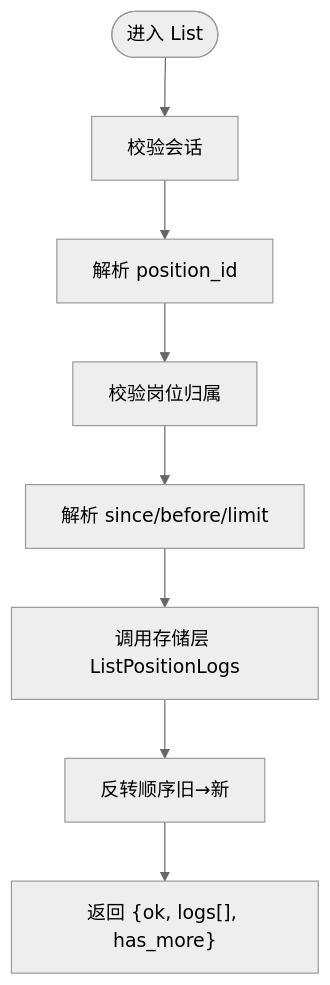
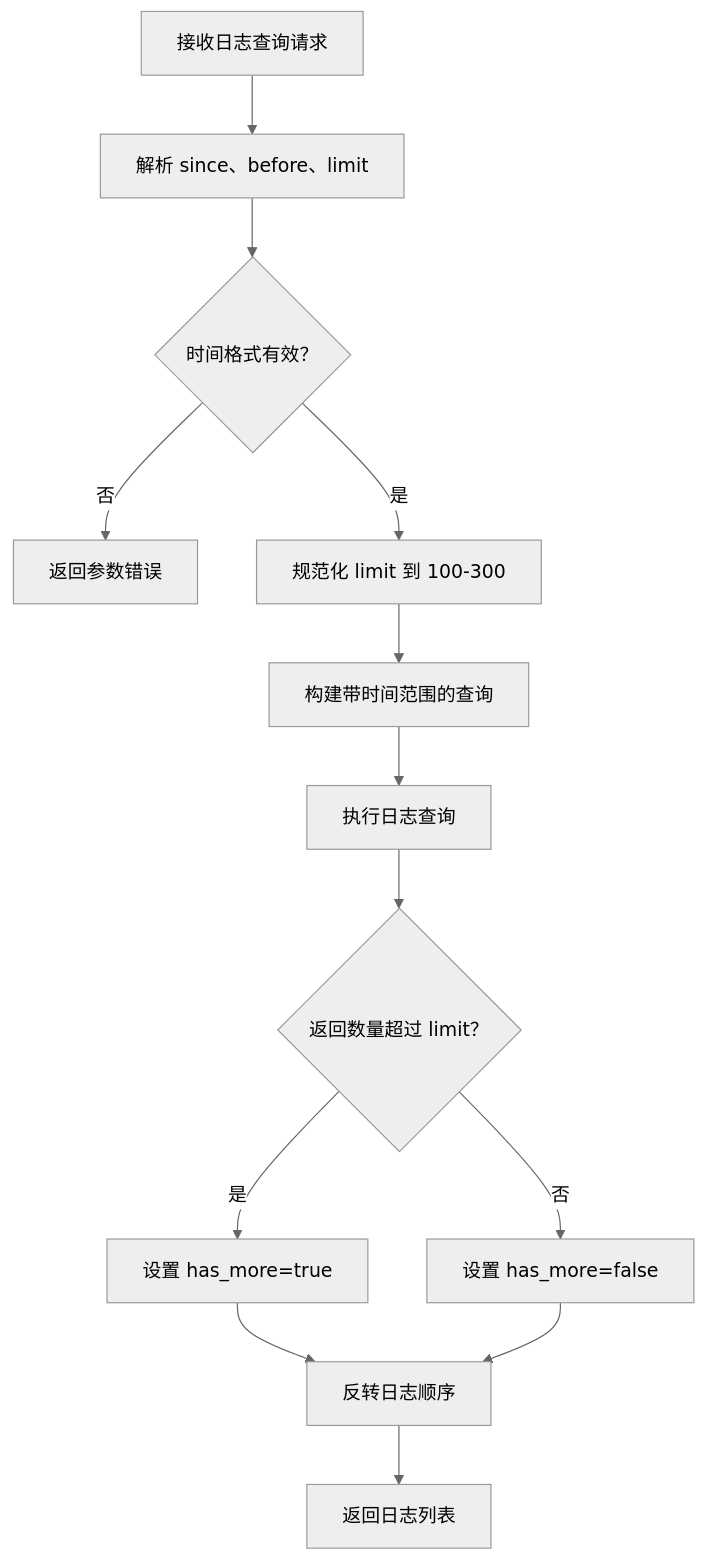
The third of 6 diagrams in .qoder/repowiki/zh/content/API接口文档/云端REST API/岗位管理API/岗位监控查询接口.md (alvinwangzi/goodhr), drawn with Mermaid (neutral theme) before and after one commit. The commit also changed other lines of this file and 149 other files, not shown here.

````diff
--- a/.qoder/repowiki/zh/content/API接口文档/云端REST API/岗位管理API/岗位监控查询接口.md
+++ b/.qoder/repowiki/zh/content/API接口文档/云端REST API/岗位管理API/岗位监控查询接口.md
@@ -130,10 +159,15 @@
 ```mermaid
 flowchart TD
-Start(["进入 List"]) --> Auth["校验会话"]
-Auth --> ParsePath["解析 position_id"]
-ParsePath --> CheckPos["校验岗位归属"]
-CheckPos --> ParseQuery["解析 since/before/limit"]
-ParseQuery --> QueryStore["调用存储层 ListPositionLogs"]
-QueryStore --> Reverse["反转顺序旧→新"]
-Reverse --> Resp["返回 {ok, logs[], has_more}"]
+Start["接收日志查询请求"] --> ParseParams["解析 since、before、limit"]
+ParseParams --> ValidateTime{"时间格式有效？"}
+ValidateTime --> |否| ReturnError["返回参数错误"]
+ValidateTime --> |是| NormalizeLimit["规范化 limit 到 100-300"]
+NormalizeLimit --> BuildQuery["构建带时间范围的查询"]
+BuildQuery --> ExecuteQuery["执行日志查询"]
+ExecuteQuery --> HasMore{"返回数量超过 limit？"}
+HasMore --> |是| SetHasMore["设置 has_more=true"]
+HasMore --> |否| SetNoMore["设置 has_more=false"]
+SetHasMore --> ReverseOrder["反转日志顺序"]
+SetNoMore --> ReverseOrder
+ReverseOrder --> ReturnResponse["返回日志列表"]
 ```
````
